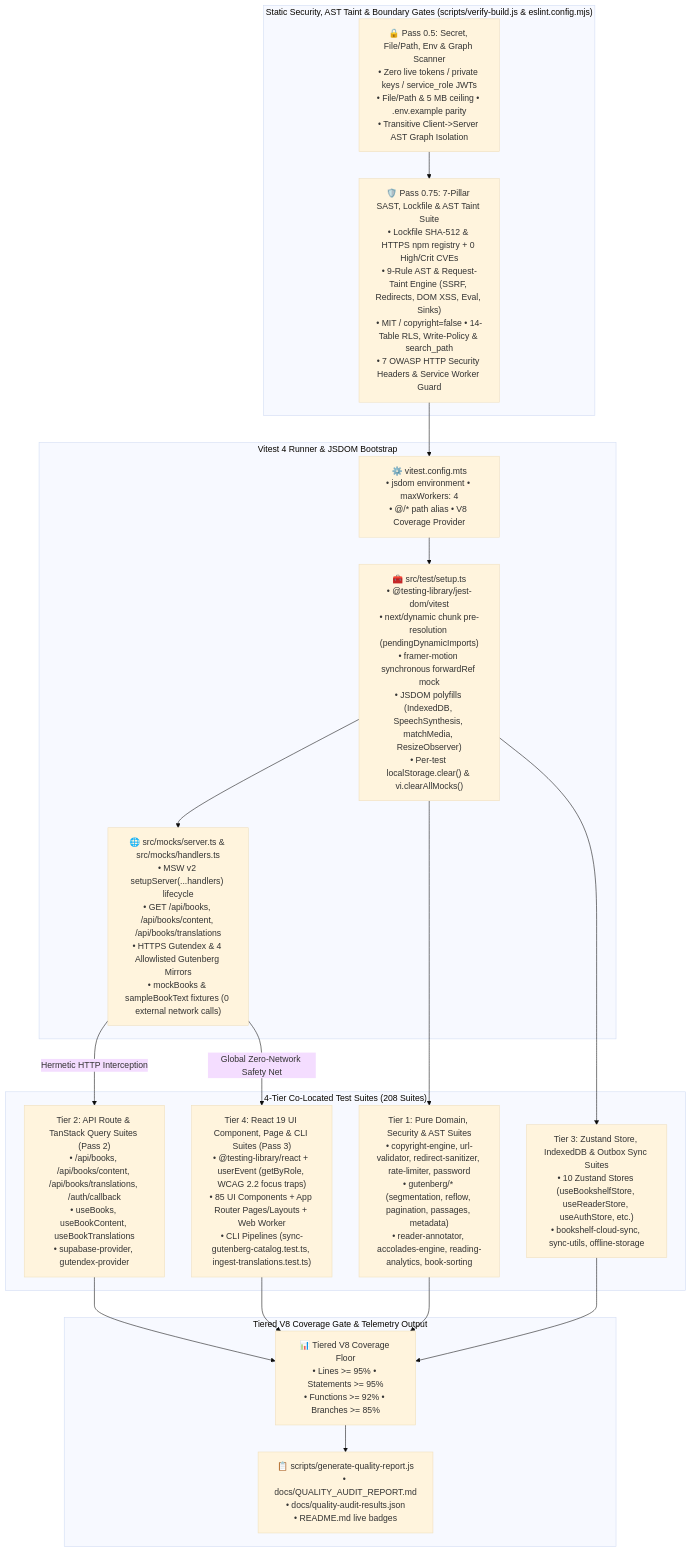
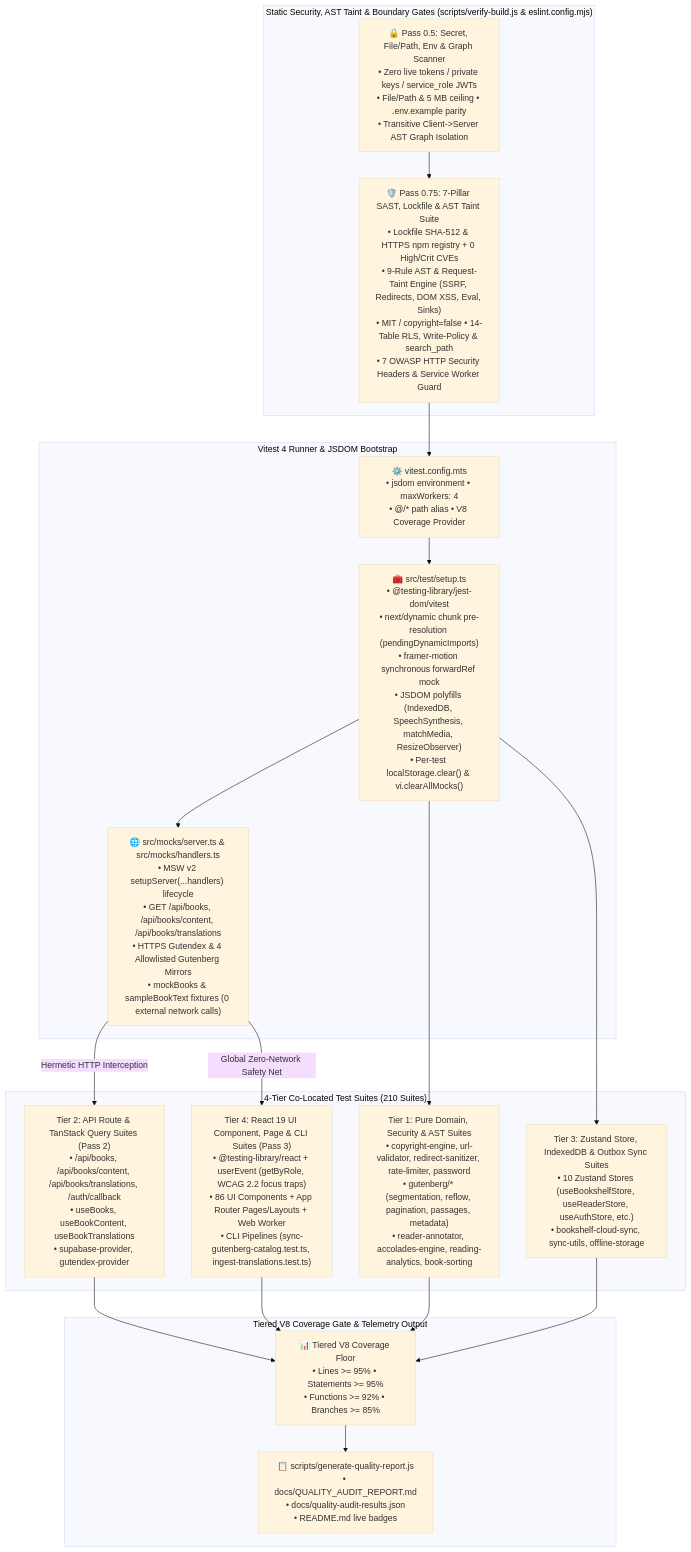
One commit to calin-m/Bookarium changed the fourth of 4 diagrams in README.md. Above: the diagram before and after it, drawn with Mermaid (base theme). The commit also changed other lines of this file and 54 other files, not shown here.

````diff
--- a/README.md
+++ b/README.md
@@ -608,39 +608,39 @@
 ```mermaid
 flowchart TD
     subgraph SecurityGates ["Static Security, AST Taint & Boundary Gates (scripts/verify-build.js & eslint.config.mjs)"]
         Pass05["🔒 Pass 0.5: Secret, File/Path, Env & Graph Scanner\n• Zero live tokens / private keys / service_role JWTs\n• File/Path & 5 MB ceiling • .env.example parity\n• Transitive Client->Server AST Graph Isolation"]
         Pass075["🛡️ Pass 0.75: 7-Pillar SAST, Lockfile & AST Taint Suite\n• Lockfile SHA-512 & HTTPS npm registry + 0 High/Crit CVEs\n• 9-Rule AST & Request-Taint Engine (SSRF, Redirects, DOM XSS, Eval, Sinks)\n• MIT / copyright=false • 14-Table RLS, Write-Policy & search_path\n• 7 OWASP HTTP Security Headers & Service Worker Guard"]
     end
 
     subgraph TestRunner ["Vitest 4 Runner & JSDOM Bootstrap"]
         VitestCfg["⚙️ vitest.config.mts\n• jsdom environment • maxWorkers: 4\n• @/* path alias • V8 Coverage Provider"]
         TestSetup["🧰 src/test/setup.ts\n• @testing-library/jest-dom/vitest\n• next/dynamic chunk pre-resolution (pendingDynamicImports)\n• framer-motion synchronous forwardRef mock\n• JSDOM polyfills (IndexedDB, SpeechSynthesis, matchMedia, ResizeObserver)\n• Per-test localStorage.clear() & vi.clearAllMocks()"]
         MSWServer["🌐 src/mocks/server.ts & src/mocks/handlers.ts\n• MSW v2 setupServer(...handlers) lifecycle\n• GET /api/books, /api/books/content, /api/books/translations\n• HTTPS Gutendex & 4 Allowlisted Gutenberg Mirrors\n• mockBooks & sampleBookText fixtures (0 external network calls)"]
     end
 
-    subgraph TestTiers ["4-Tier Co-Located Test Suites (208 Suites)"]
+    subgraph TestTiers ["4-Tier Co-Located Test Suites (210 Suites)"]
         Tier1["Tier 1: Pure Domain, Security & AST Suites\n• copyright-engine, url-validator, redirect-sanitizer, rate-limiter, password\n• gutenberg/* (segmentation, reflow, pagination, passages, metadata)\n• reader-annotator, accolades-engine, reading-analytics, book-sorting"]
         Tier2["Tier 2: API Route & TanStack Query Suites (Pass 2)\n• /api/books, /api/books/content, /api/books/translations, /auth/callback\n• useBooks, useBookContent, useBookTranslations\n• supabase-provider, gutendex-provider"]
         Tier3["Tier 3: Zustand Store, IndexedDB & Outbox Sync Suites\n• 10 Zustand Stores (useBookshelfStore, useReaderStore, useAuthStore, etc.)\n• bookshelf-cloud-sync, sync-utils, offline-storage"]
-        Tier4["Tier 4: React 19 UI Component, Page & CLI Suites (Pass 3)\n• @testing-library/react + userEvent (getByRole, WCAG 2.2 focus traps)\n• 85 UI Components + App Router Pages/Layouts + Web Worker\n• CLI Pipelines (sync-gutenberg-catalog.test.ts, ingest-translations.test.ts)"]
+        Tier4["Tier 4: React 19 UI Component, Page & CLI Suites (Pass 3)\n• @testing-library/react + userEvent (getByRole, WCAG 2.2 focus traps)\n• 86 UI Components + App Router Pages/Layouts + Web Worker\n• CLI Pipelines (sync-gutenberg-catalog.test.ts, ingest-translations.test.ts)"]
     end
 
     subgraph CoverageGate ["Tiered V8 Coverage Gate & Telemetry Output"]
         V8Thresholds["📊 Tiered V8 Coverage Floor\n• Lines >= 95% • Statements >= 95%\n• Functions >= 92% • Branches >= 85%"]
         QualityReport["📋 scripts/generate-quality-report.js\n• docs/QUALITY_AUDIT_REPORT.md\n• docs/quality-audit-results.json\n• README.md live badges"]
     end
 
     Pass05 --> Pass075
     Pass075 --> VitestCfg
     VitestCfg --> TestSetup
     TestSetup --> MSWServer
     TestSetup --> Tier1
     MSWServer -->|"Hermetic HTTP Interception"| Tier2
     TestSetup --> Tier3
     MSWServer -->|"Global Zero-Network Safety Net"| Tier4
     Tier1 --> V8Thresholds
     Tier2 --> V8Thresholds
     Tier3 --> V8Thresholds
     Tier4 --> V8Thresholds
     V8Thresholds --> QualityReport
 ```
````
